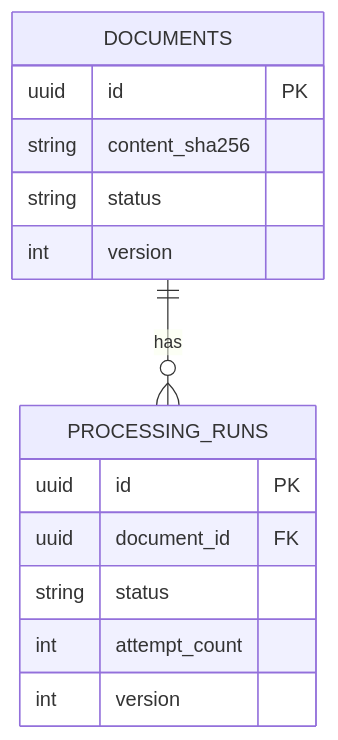
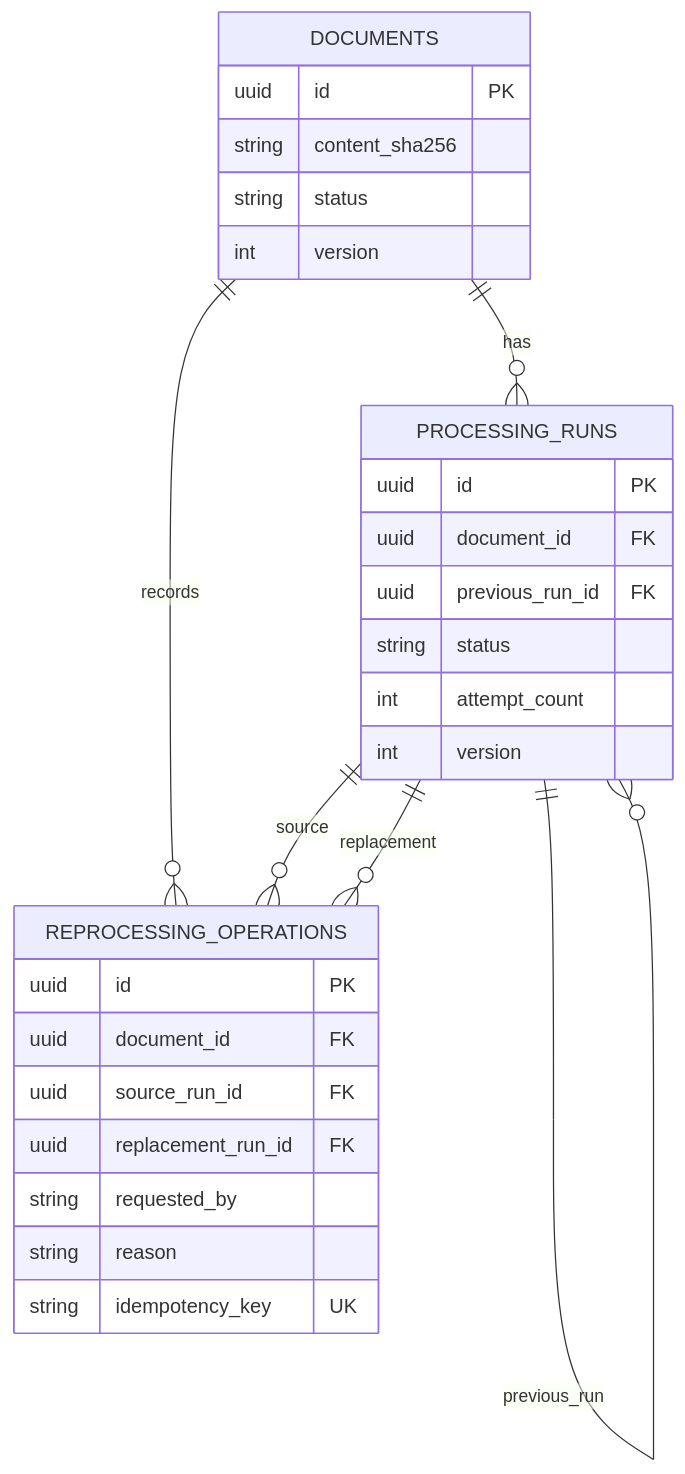
The seventh of 11 diagrams in docs/architecture.md (PietroRussoD/ai-document-processing-platform), drawn with Mermaid before and after one commit. The commit also changed other lines of this file and 2 other files, not shown here.

Commit message:
📝 Document controlled reprocessing verification

````diff
--- a/docs/architecture.md
+++ b/docs/architecture.md
@@ -258,17 +260,31 @@
 ```mermaid
 erDiagram
     DOCUMENTS ||--o{ PROCESSING_RUNS : has
+    PROCESSING_RUNS ||--o{ PROCESSING_RUNS : previous_run
+    DOCUMENTS ||--o{ REPROCESSING_OPERATIONS : records
+    PROCESSING_RUNS ||--o{ REPROCESSING_OPERATIONS : source
+    PROCESSING_RUNS ||--o{ REPROCESSING_OPERATIONS : replacement
     DOCUMENTS {
         uuid id PK
         string content_sha256
         string status
         int version
     }
     PROCESSING_RUNS {
         uuid id PK
         uuid document_id FK
+        uuid previous_run_id FK
         string status
         int attempt_count
         int version
     }
+    REPROCESSING_OPERATIONS {
+        uuid id PK
+        uuid document_id FK
+        uuid source_run_id FK
+        uuid replacement_run_id FK
+        string requested_by
+        string reason
+        string idempotency_key UK
+    }
 ```
````
